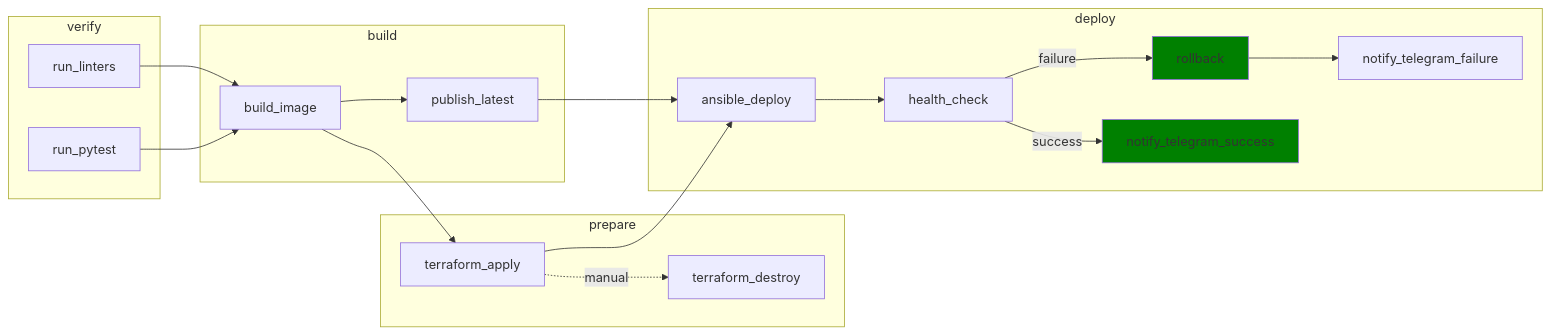
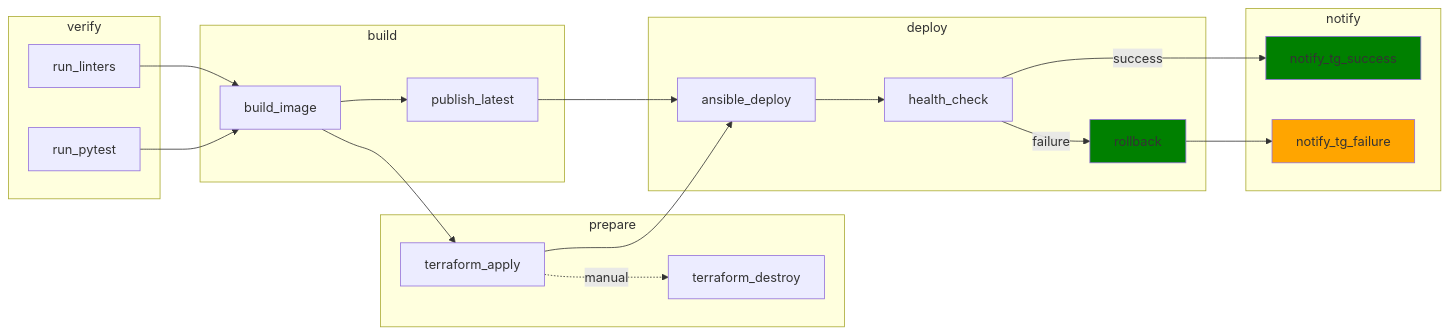
Before and after one commit to AlexeyKuzko/devops_diploma: the diagram in README.md, drawn with Mermaid. The commit also changed other lines of this file and 1 other file, not shown here.

````diff
--- a/README.md
+++ b/README.md
@@ -54,41 +54,44 @@
 ```mermaid
 flowchart LR
     subgraph Stage_Verify ["verify"]
         A1[run_linters]
         A2[run_pytest]
     end
 
     subgraph Stage_Build ["build"]
         B1[build_image]
         B2[publish_latest]
     end
 
     subgraph Stage_Prepare ["prepare"]
         C1[terraform_apply]
         C2[terraform_destroy]
     end
 
     subgraph Stage_Deploy ["deploy"]
         D1[ansible_deploy]
         D2[health_check]
         D3[rollback]
-        D4[notify_telegram_success]
-        D5[notify_telegram_failure]
+    end
+
+    subgraph Stage_Notify ["notify"]
+        E1[notify_tg_success]
+        E2[notify_tg_failure]
     end
 
     A1 --> B1
     A2 --> B1
     B1 --> B2
     B1 --> C1
     B2 --> D1
     C1 -. manual .-> C2
     C1 --> D1
     D1 --> D2
-    D2 -->|success| D4
+    D2 -->|success| E1
     D2 -->|failure| D3
-    D3 --> D5
-
+    D3 --> E2
 
     style D3 fill:green
-    style D4 fill:green
+    style E1 fill:green
+    style E2 fill:orange
 ```
````
